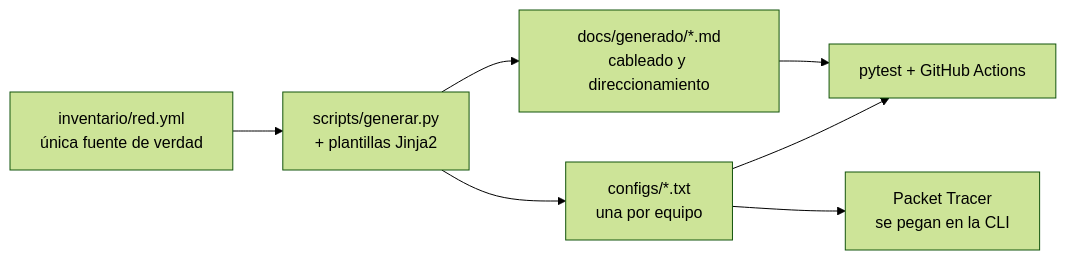
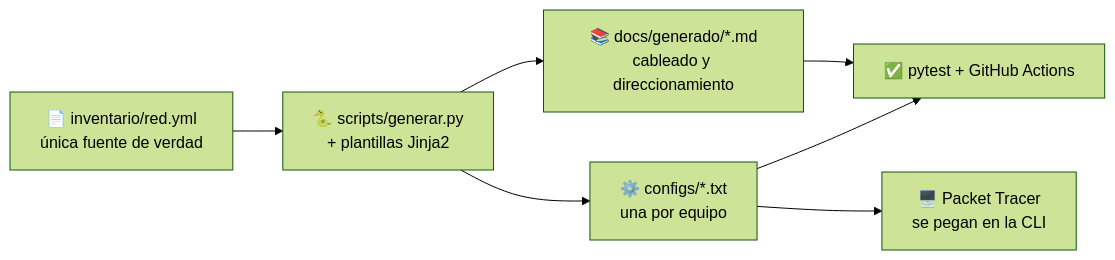
One commit to 0scar07/netcorp-cisco changed the fifth of 5 diagrams in README.md. Above: the diagram before and after it, drawn with Mermaid (forest theme). The commit also changed other lines of this file, not shown here.

Commit message:
docs: README completo con diagramas, resultados, galería y FAQ

````diff
--- a/README.md
+++ b/README.md
@@ -106,8 +293,8 @@
 ```mermaid
 flowchart LR
-    A["inventario/red.yml<br/>única fuente de verdad"] --> B["scripts/generar.py<br/>+ plantillas Jinja2"]
-    B --> C["configs/*.txt<br/>una por equipo"]
-    B --> D["docs/generado/*.md<br/>cableado y direccionamiento"]
-    C & D --> E["pytest + GitHub Actions"]
-    C --> F["Packet Tracer<br/>se pegan en la CLI"]
+    A["📄 inventario/red.yml<br/>única fuente de verdad"] --> B["🐍 scripts/generar.py<br/>+ plantillas Jinja2"]
+    B --> C["⚙️ configs/*.txt<br/>una por equipo"]
+    B --> D["📚 docs/generado/*.md<br/>cableado y direccionamiento"]
+    C & D --> E["✅ pytest + GitHub Actions"]
+    C --> F["🖥️ Packet Tracer<br/>se pegan en la CLI"]
 ```
````
